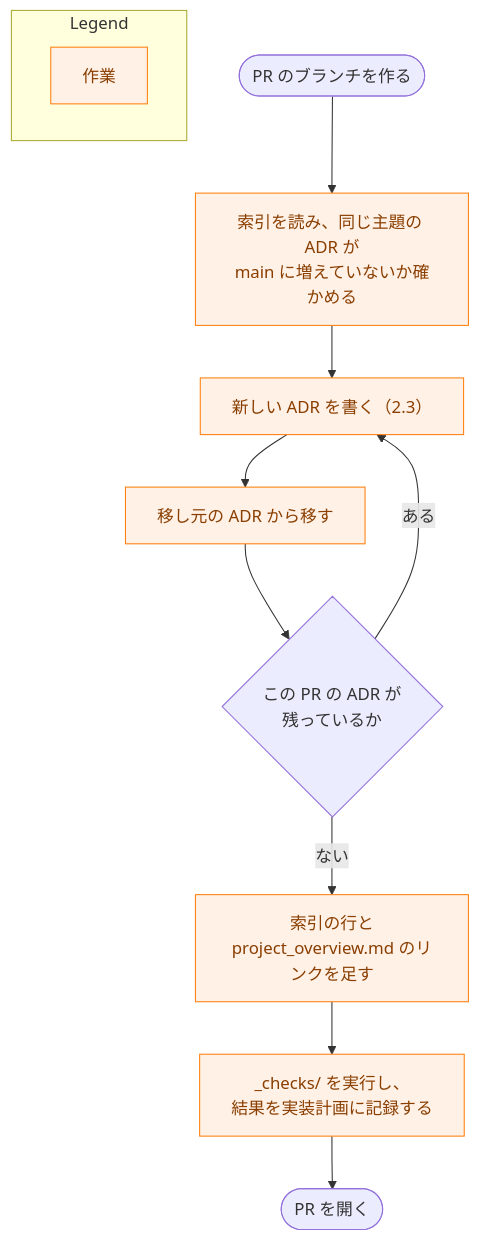
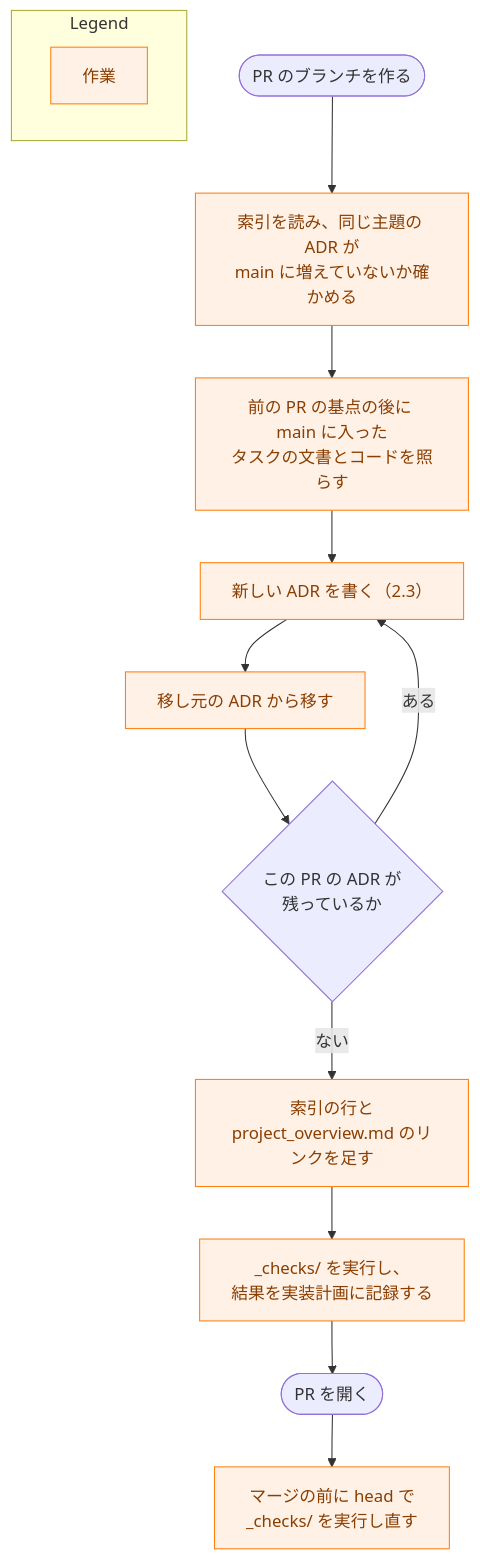
Before and after one commit to isseis/yt2column: the fourth of 4 diagrams in docs/tasks/0065_adr_remaining/02_architecture.md, drawn with Mermaid. The commit also changed other lines of this file, not shown here.

````diff
--- a/docs/tasks/0065_adr_remaining/02_architecture.md
+++ b/docs/tasks/0065_adr_remaining/02_architecture.md
@@ -402,24 +432,26 @@
 ```mermaid
 flowchart TD
     classDef process fill:#fff1e6,stroke:#ff7f0e,stroke-width:1px,color:#8a3e00;
 
     START(["PR のブランチを作る"])
     READ["索引を読み、同じ主題の ADR が<br>main に増えていないか確かめる"]
+    SINCE["前の PR の基点の後に main に入った<br>タスクの文書とコードを照らす"]
     WRITE["新しい ADR を書く（2.3）"]
     MOVE["移し元の ADR から移す"]
     MORE{"この PR の ADR が<br>残っているか"}
     LINK["索引の行と<br>project_overview.md のリンクを足す"]
     CHECK["_checks/ を実行し、<br>結果を実装計画に記録する"]
     PR(["PR を開く"])
+    FINAL["マージの前に head で<br>_checks/ を実行し直す"]
 
-    START --> READ --> WRITE --> MOVE --> MORE
+    START --> READ --> SINCE --> WRITE --> MOVE --> MORE
     MORE -->|"ある"| WRITE
-    MORE -->|"ない"| LINK --> CHECK --> PR
+    MORE -->|"ない"| LINK --> CHECK --> PR --> FINAL
 
-    class READ,WRITE,MOVE,LINK,CHECK process
+    class READ,SINCE,WRITE,MOVE,LINK,CHECK,FINAL process
 
     subgraph Legend["Legend"]
         L1["作業"]
     end
     class L1 process
 ```
````
